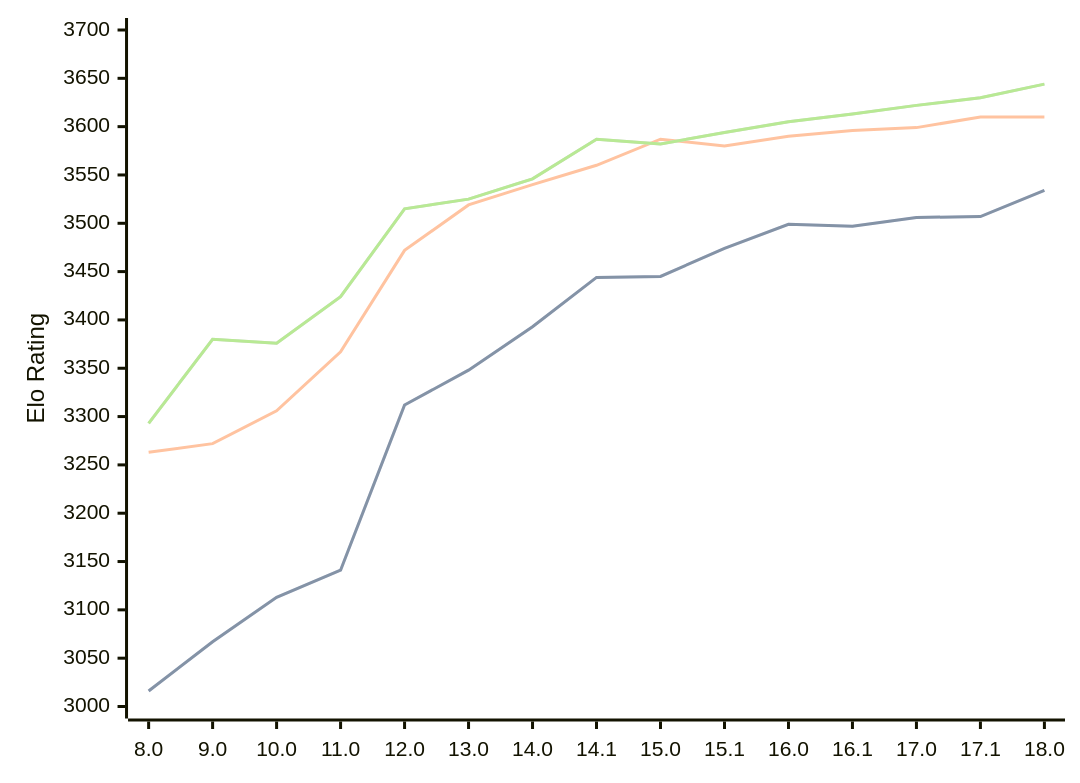
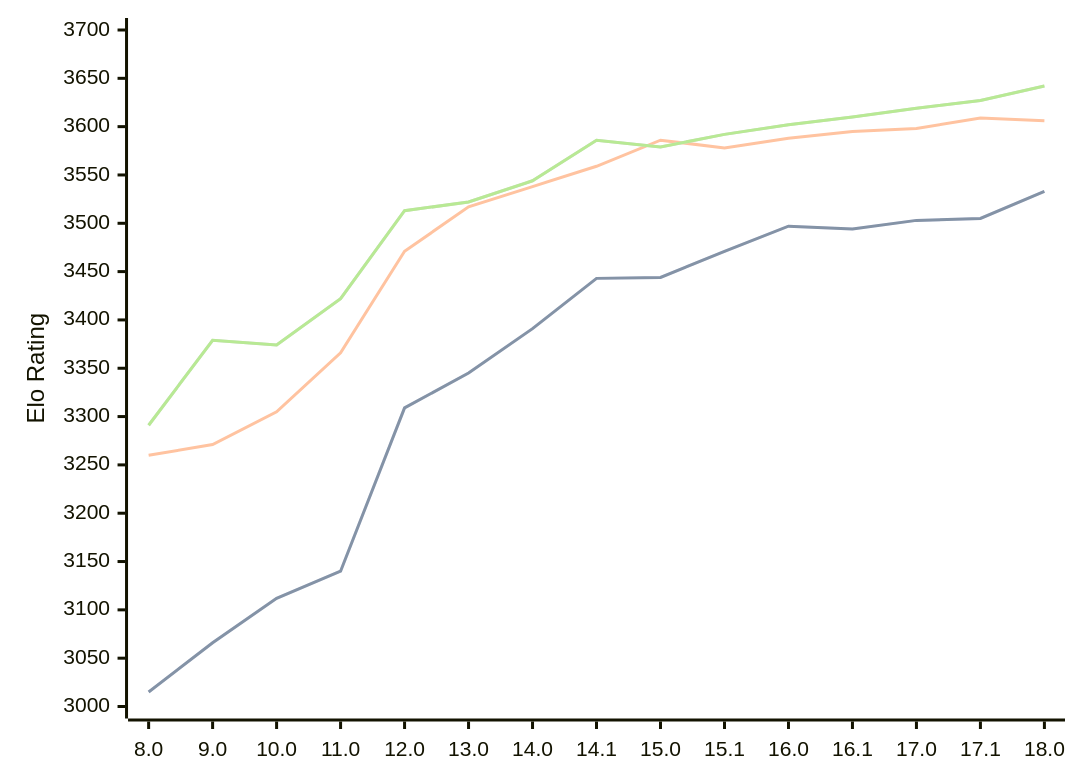
The diagram in engines/Stockfish.md (computer-chess-index/cci), drawn with Mermaid before and after one commit. The commit also changed other lines of this file, not shown here.

Commit message:
Update CCI Ratings (ELO VLTC) - 2026-03-31

````diff
--- a/engines/Stockfish.md
+++ b/engines/Stockfish.md
@@ -46,11 +46,11 @@
 ```mermaid
 %%{init: {"theme":"base","themeVariables":{"seriesColors:['#a3a3a3','#222221','#faa371']}}}%%
 xychart-beta
   x-axis ["8.0", "9.0", "10.0", "11.0", "12.0", "13.0", "14.0", "14.1", "15.0", "15.1", "16.0", "16.1", "17.0", "17.1", "18.0"]
   y-axis "Elo Rating" 3000 --> 3700
-  line "STC (8.0+0.08s)" [3016, 3067, 3113, 3141, 3312, 3348, 3393, 3444, 3445, 3474, 3499, 3497, 3506, 3507, 3534]
-  line "STC (8.0+0.08s)" [3016, 3067, 3113, 3141, 3312, 3348, 3393, 3444, 3445, 3474, 3499, 3497, 3506, 3507, 3534]
-  line "LTC (60.0+0.60s)" [3263, 3272, 3306, 3367, 3472, 3519, 3540, 3560, 3587, 3580, 3590, 3596, 3599, 3610, 3610]
-  line "VLTC (2m24s+1.12s)" [3293, 3380, 3376, 3424, 3515, 3525, 3546, 3587, 3582, 3594, 3605, 3613, 3622, 3630, 3644]
-  line "VLTC (2m24s+1.12s)" [3293, 3380, 3376, 3424, 3515, 3525, 3546, 3587, 3582, 3594, 3605, 3613, 3622, 3630, 3644]
+  line "STC (8.0+0.08s)" [3015, 3066, 3112, 3140, 3309, 3345, 3391, 3443, 3444, 3471, 3497, 3494, 3503, 3505, 3533]
+  line "STC (8.0+0.08s)" [3015, 3066, 3112, 3140, 3309, 3345, 3391, 3443, 3444, 3471, 3497, 3494, 3503, 3505, 3533]
+  line "LTC (60.0+0.60s)" [3260, 3271, 3305, 3366, 3471, 3517, 3538, 3559, 3586, 3578, 3588, 3595, 3598, 3609, 3606]
+  line "VLTC (2m24s+1.12s)" [3291, 3379, 3374, 3422, 3513, 3522, 3544, 3586, 3579, 3592, 3602, 3610, 3619, 3627, 3642]
+  line "VLTC (2m24s+1.12s)" [3291, 3379, 3374, 3422, 3513, 3522, 3544, 3586, 3579, 3592, 3602, 3610, 3619, 3627, 3642]
 ```
````
